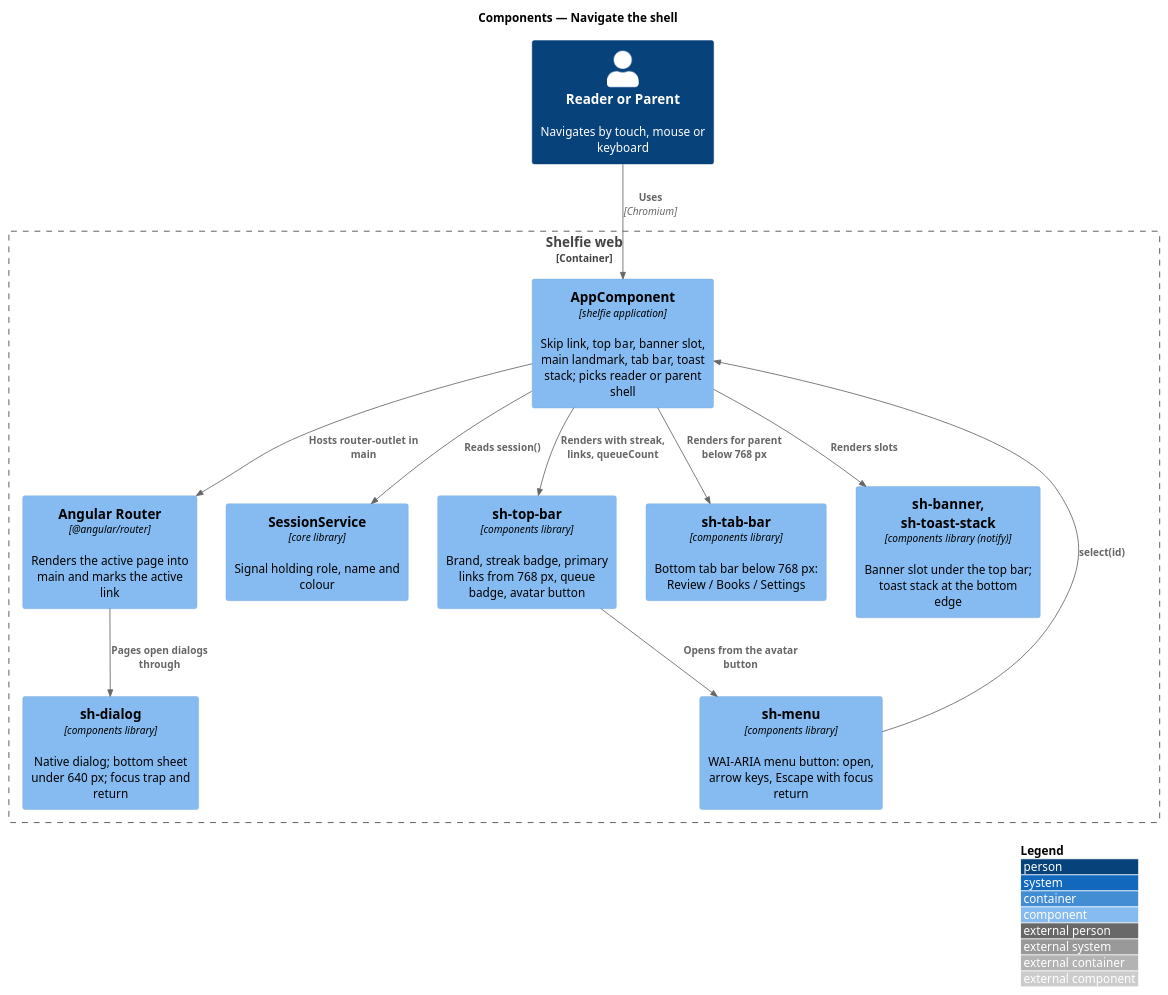
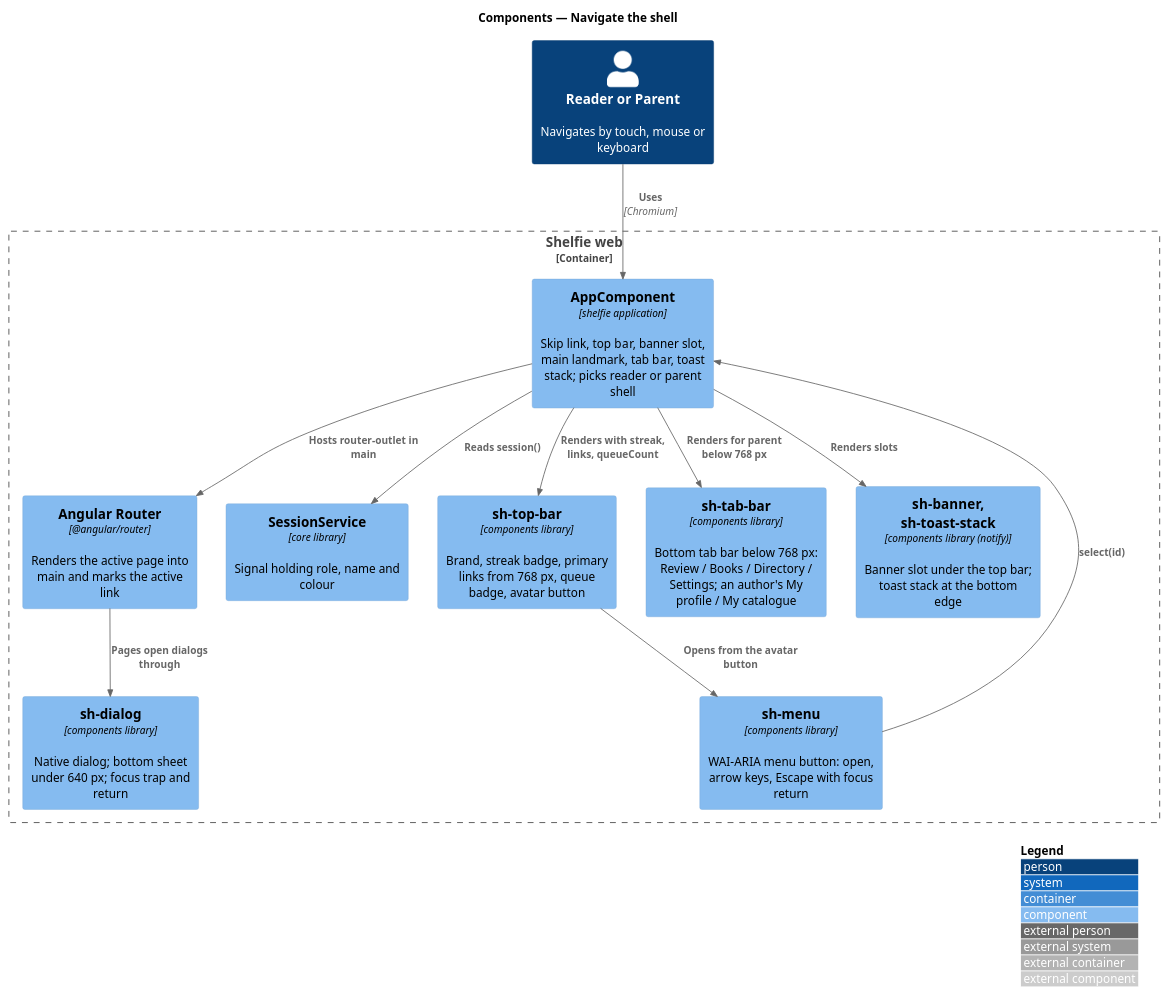
Before and after one commit to QuinntyneBrown/shelfie: the diagram in docs/detailed-designs/shell/navigate-shell/diagrams/c4-component.puml, drawn with PlantUML. The commit also changed 74 other files, not shown here.

First line of the commit message:
Detailed designs and estimates: author and volunteer profiles, the parent's directory, profile approval

```diff
--- a/docs/detailed-designs/shell/navigate-shell/diagrams/c4-component.puml
+++ b/docs/detailed-designs/shell/navigate-shell/diagrams/c4-component.puml
@@ -1,26 +1,26 @@
 @startuml
 !include <C4/C4_Component>
 LAYOUT_WITH_LEGEND()
 title Components — Navigate the shell
 
 Person(user, "Reader or Parent", "Navigates by touch, mouse or keyboard")
 Container_Boundary(web, "Shelfie web") {
   Component(app, "AppComponent", "shelfie application", "Skip link, top bar, banner slot, main landmark, tab bar, toast stack; picks reader or parent shell")
   Component(router, "Angular Router", "@angular/router", "Renders the active page into main and marks the active link")
   Component(session, "SessionService", "core library", "Signal holding role, name and colour")
   Component(topBar, "sh-top-bar", "components library", "Brand, streak badge, primary links from 768 px, queue badge, avatar button")
-  Component(tabBar, "sh-tab-bar", "components library", "Bottom tab bar below 768 px: Review / Books / Settings")
+  Component(tabBar, "sh-tab-bar", "components library", "Bottom tab bar below 768 px: Review / Books / Directory / Settings; an author's My profile / My catalogue")
   Component(menu, "sh-menu", "components library", "WAI-ARIA menu button: open, arrow keys, Escape with focus return")
   Component(dialog, "sh-dialog", "components library", "Native dialog; bottom sheet under 640 px; focus trap and return")
   Component(notify, "sh-banner, sh-toast-stack", "components library (notify)", "Banner slot under the top bar; toast stack at the bottom edge")
 }
 Rel(user, app, "Uses", "Chromium")
 Rel(app, session, "Reads session()")
 Rel(app, router, "Hosts router-outlet in main")
 Rel(app, topBar, "Renders with streak, links, queueCount")
 Rel(app, tabBar, "Renders for parent below 768 px")
 Rel(topBar, menu, "Opens from the avatar button")
 Rel(menu, app, "select(id)")
 Rel(app, notify, "Renders slots")
 Rel(router, dialog, "Pages open dialogs through")
 @enduml
```
